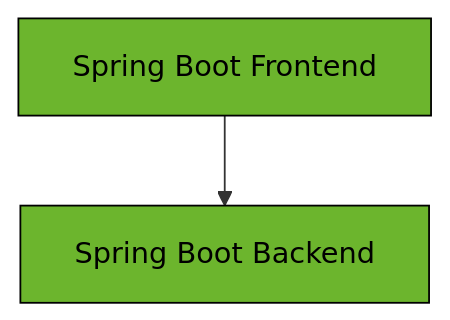
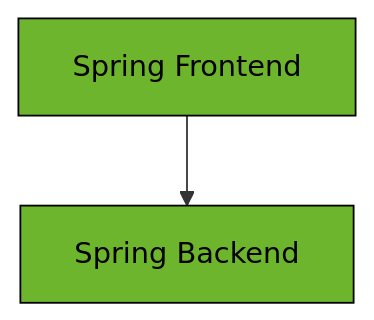
Before and after one commit to onlyteo/spring-boot-sandbox: the first of 2 diagrams in README.md, drawn with Mermaid. The commit also changed other lines of this file and 153 other files, not shown here.

````diff
--- a/README.md
+++ b/README.md
@@ -38,10 +38,10 @@
 ```mermaid
 graph TD
-    A[Spring Boot Frontend]:::spring
-    B[Spring Boot Backend]:::spring
+    A[Spring Frontend]:::spring
+    B[Spring Backend]:::spring
 
     A --> B
     
     classDef react fill: #58c4dc, stroke: #000000, color: #000000
     classDef spring fill: #6cb52d, stroke: #000000, color: #000000
 ```
````
